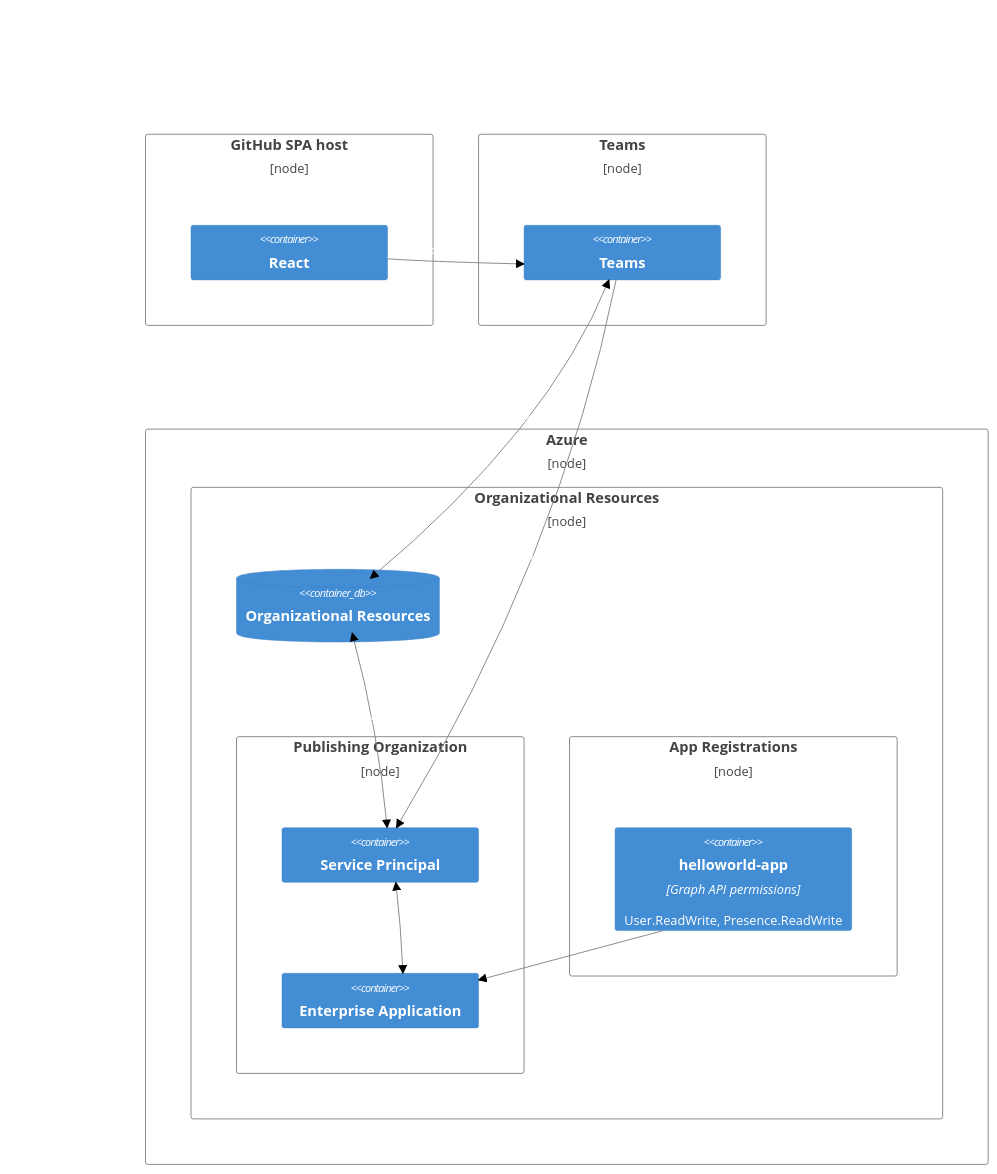
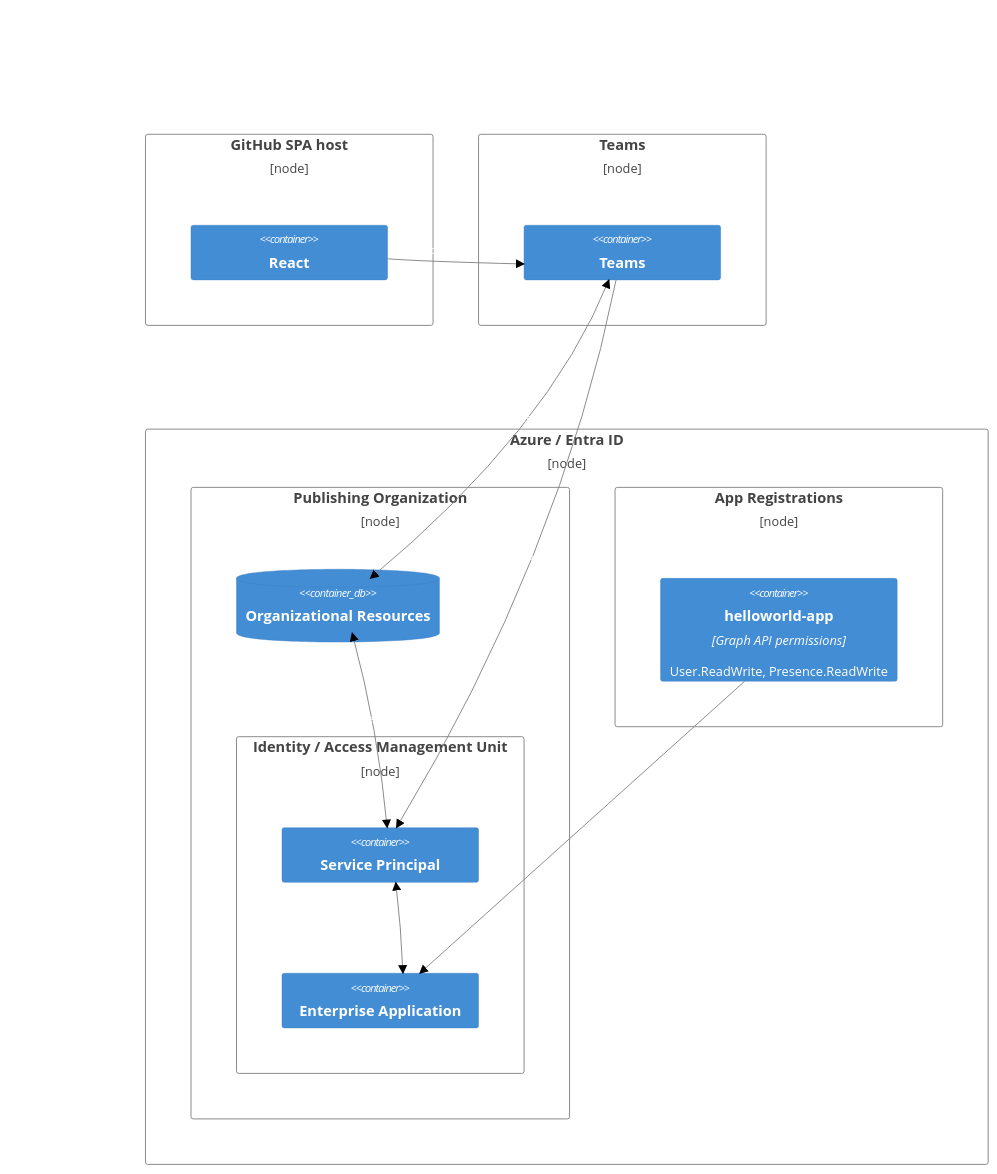
One commit to CynicDog/azure-entra-in-spa changed the diagram in README.md. Above: the diagram before and after it, drawn with Mermaid (forest theme).

````diff
--- a/README.md
+++ b/README.md
@@ -2,48 +2,48 @@
 ```mermaid
 C4Deployment
     title  
     
     Deployment_Node(github, "GitHub SPA host") {
         Container(React, "React", "", "")
     }
 
     Deployment_Node(teams, "Teams") {
         Container(Teams, "Teams", "", "")
     }
 
-    Deployment_Node(azure, "Azure") {
-        Deployment_Node(organizationalResources, "Organizational Resources") {
-        ContainerDb(Organizational_Resources, "Organizational Resources", "")
-        
-        Deployment_Node(publishingOrganization, "Publishing Organization") {
-            Container(Service_Principal, "Service Principal", "", "")
-            Container(Enterprise_Application, "Enterprise Application", "", "")        
+    Deployment_Node(azure, "Azure / Entra ID") {
+        Deployment_Node(organizationalResources, "Publishing Organization") {
+            ContainerDb(Organizational_Resources, "Organizational Resources", "")
+            
+            Deployment_Node(publishingOrganization, "Identity / Access Management Unit") {
+                Container(Service_Principal, "Service Principal", "", "")
+                Container(Enterprise_Application, "Enterprise Application", "", "")        
+            }
         }
 
         Deployment_Node(appRegistrations, "App Registrations") {
-                Container(helloworld_app, "helloworld-app", "Graph API permissions", "User.ReadWrite, Presence.ReadWrite")
-            }
+                    Container(helloworld_app, "helloworld-app", "Graph API permissions", "User.ReadWrite, Presence.ReadWrite")
         }
     }
     
     Rel(helloworld_app, Enterprise_Application, "Exposes as")
     Rel(Teams, Service_Principal, "Delegates to")
     Rel(React, Teams, "Provides endpoint")
     BiRel(Service_Principal, Organizational_Resources, "Accesses")
     BiRel(Teams, Organizational_Resources, "On behalf of user")
     BiRel(Enterprise_Application, Service_Principal, "")
 
     UpdateElementStyle(azure, $borderColor="gray")
     UpdateElementStyle(github, $borderColor="gray")
     UpdateElementStyle(teams, $borderColor="gray")
     UpdateElementStyle(organizationalResources, $borderColor="gray")
     UpdateElementStyle(appRegistrations, $borderColor="gray")
     UpdateElementStyle(publishingOrganization, $borderColor="gray")
     
     UpdateRelStyle(helloworld_app, Enterprise_Application, $textColor="white", $lineColor="gray", ,$offsetX="5")
     UpdateRelStyle(Teams, Service_Principal, $textColor="white", $lineColor="gray", $offsetX="-40")
     UpdateRelStyle(React, Teams, $textColor="white", $lineColor="gray", $offsetY="-15", $offsetX="-40")
     UpdateRelStyle(Service_Principal, Organizational_Resources, $textColor="white", $lineColor="gray", $offsetY="-15", $offsetX="-40")
     UpdateRelStyle(Teams, Organizational_Resources, $textColor="white", $lineColor="gray", $offsetY="-15", $offsetX="-40")
     UpdateRelStyle(Enterprise_Application, Service_Principal, $textColor="white", $lineColor="gray")
 ```
````
